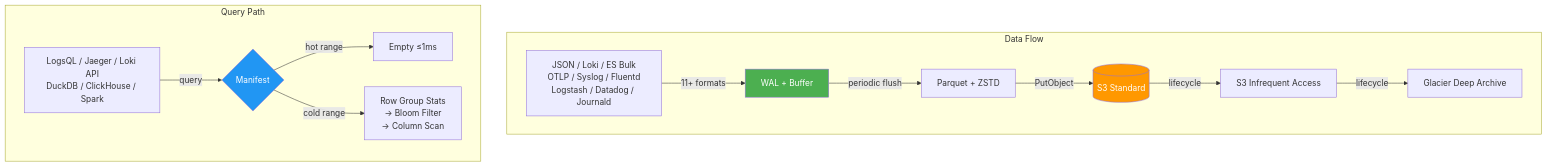
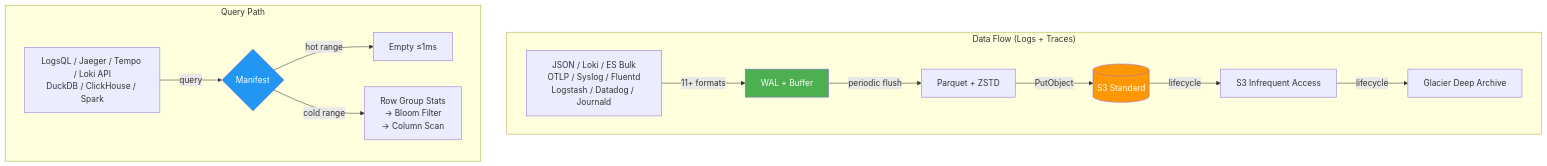
Before and after one commit to ReliablyObserve/victoria-lakehouse: the second of 2 diagrams in docs/getting-started.md, drawn with Mermaid. The commit also changed other lines of this file and 84 other files, not shown here.

First line of the commit message:
feat: traces support, corrected cost model, cross-AZ buffer fix (#63)

````diff
--- a/docs/getting-started.md
+++ b/docs/getting-started.md
@@ -27,20 +37,20 @@
 ```mermaid
 graph TD
-    subgraph "Data Flow"
-    I1[JSON / Loki / ES Bulk<br/>OTLP / Syslog / Fluentd<br/>Logstash / Datadog / Journald] -->|11+ formats| W[WAL + Buffer]
+    subgraph "Data Flow (Logs + Traces)"
+    I1["JSON / Loki / ES Bulk<br/>OTLP / Syslog / Fluentd<br/>Logstash / Datadog / Journald"] -->|"11+ formats"| W[WAL + Buffer]
     W -->|periodic flush| P[Parquet + ZSTD]
     P -->|PutObject| S3[(S3 Standard)]
     S3 -->|lifecycle| IA[S3 Infrequent Access]
     IA -->|lifecycle| GL[Glacier Deep Archive]
     end
 
     subgraph "Query Path"
-    Q[LogsQL / Jaeger / Loki API<br/>DuckDB / ClickHouse / Spark] -->|query| M{Manifest}
-    M -->|hot range| SKIP[Empty ≤1ms]
-    M -->|cold range| SCAN[Row Group Stats<br/>→ Bloom Filter<br/>→ Column Scan]
+    Q["LogsQL / Jaeger / Tempo / Loki API<br/>DuckDB / ClickHouse / Spark"] -->|query| M{"Manifest"}
+    M -->|hot range| SKIP["Empty ≤1ms"]
+    M -->|cold range| SCAN["Row Group Stats<br/>→ Bloom Filter<br/>→ Column Scan"]
     end
 
     style W fill:#4CAF50,color:#fff
     style S3 fill:#FF9800,color:#fff
     style M fill:#2196F3,color:#fff
 ```
````
